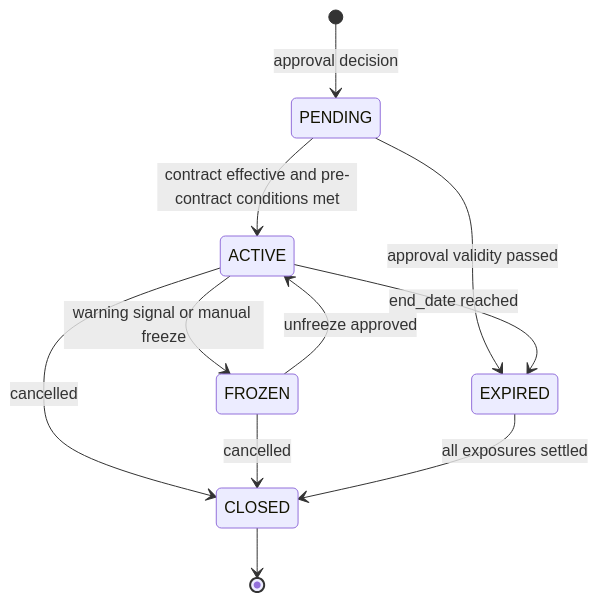
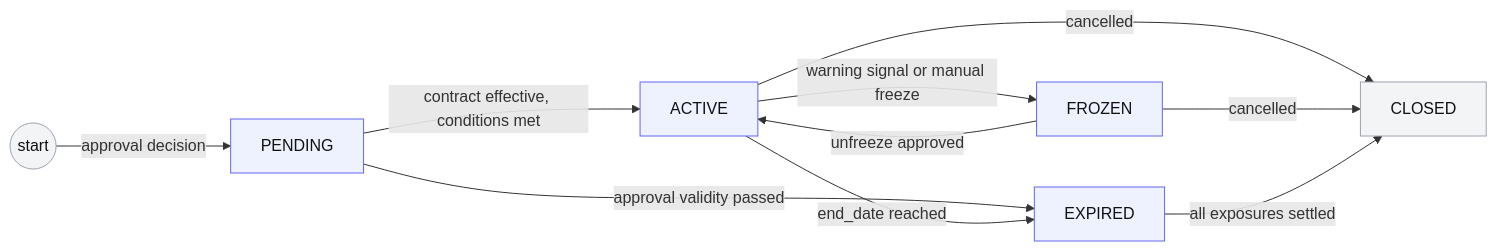
One commit to yugshinz-star/credit-management-system changed diagram 19 of 21 in docs/business-architecture-processes-data-model.md. Above: the diagram before and after it, drawn with Mermaid. The commit also changed other lines of this file, not shown here.

First line of the commit message:
Redraw ER and state diagrams as flowcharts for GitHub rendering

````diff
--- a/docs/business-architecture-processes-data-model.md
+++ b/docs/business-architecture-processes-data-model.md
@@ -1388,13 +1288,20 @@
 ```mermaid
-stateDiagram-v2
-    [*] --> PENDING: approval decision
-    PENDING --> ACTIVE: contract effective and pre-contract conditions met
-    PENDING --> EXPIRED: approval validity passed
-    ACTIVE --> FROZEN: warning signal or manual freeze
-    FROZEN --> ACTIVE: unfreeze approved
-    ACTIVE --> EXPIRED: end_date reached
-    ACTIVE --> CLOSED: cancelled
-    FROZEN --> CLOSED: cancelled
-    EXPIRED --> CLOSED: all exposures settled
-    CLOSED --> [*]
+flowchart LR
+    classDef st fill:#eef2ff,stroke:#6366f1,color:#111
+    classDef term fill:#f3f4f6,stroke:#9ca3af,color:#111
+    START((start)):::term
+    PENDING["PENDING"]:::st
+    ACTIVE["ACTIVE"]:::st
+    FROZEN["FROZEN"]:::st
+    EXPIRED["EXPIRED"]:::st
+    CLOSED["CLOSED"]:::term
+    START -->|"approval decision"| PENDING
+    PENDING -->|"contract effective, conditions met"| ACTIVE
+    PENDING -->|"approval validity passed"| EXPIRED
+    ACTIVE -->|"warning signal or manual freeze"| FROZEN
+    FROZEN -->|"unfreeze approved"| ACTIVE
+    ACTIVE -->|"end_date reached"| EXPIRED
+    ACTIVE -->|"cancelled"| CLOSED
+    FROZEN -->|"cancelled"| CLOSED
+    EXPIRED -->|"all exposures settled"| CLOSED
 ```
````
